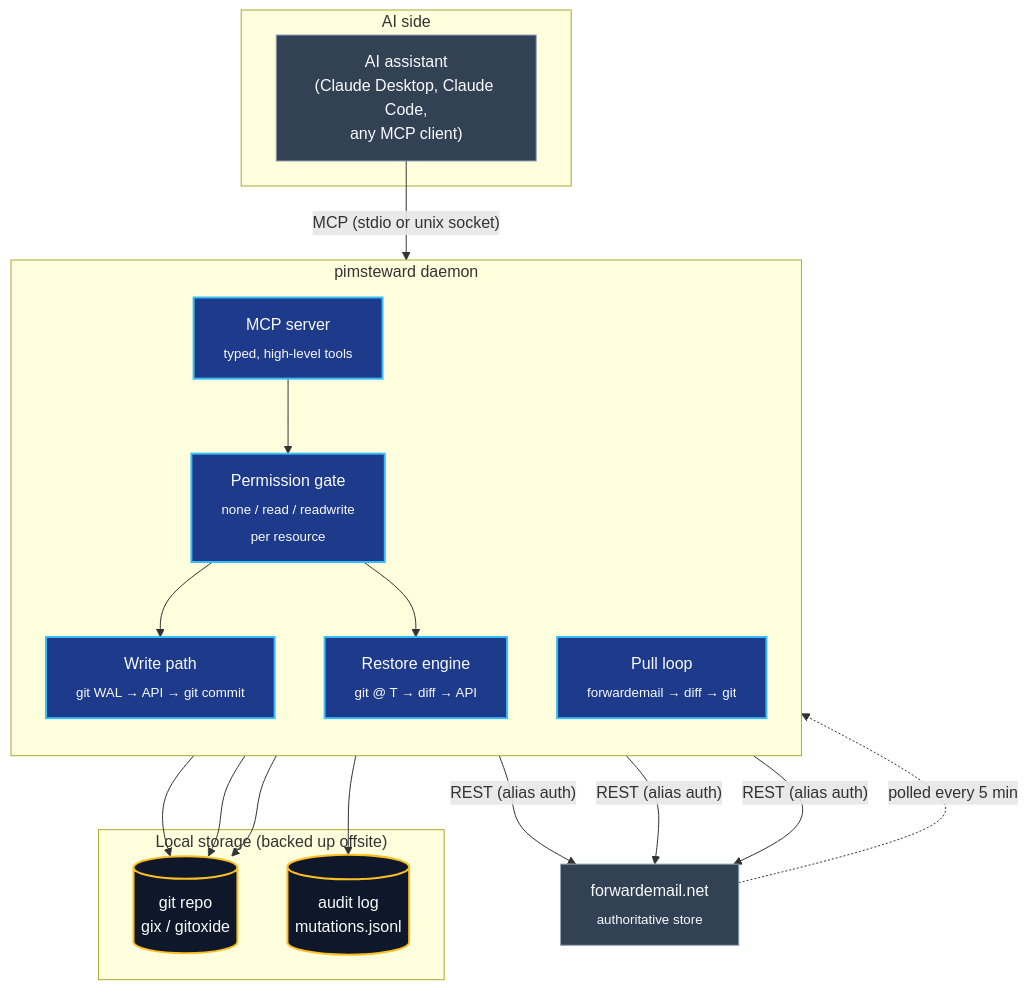
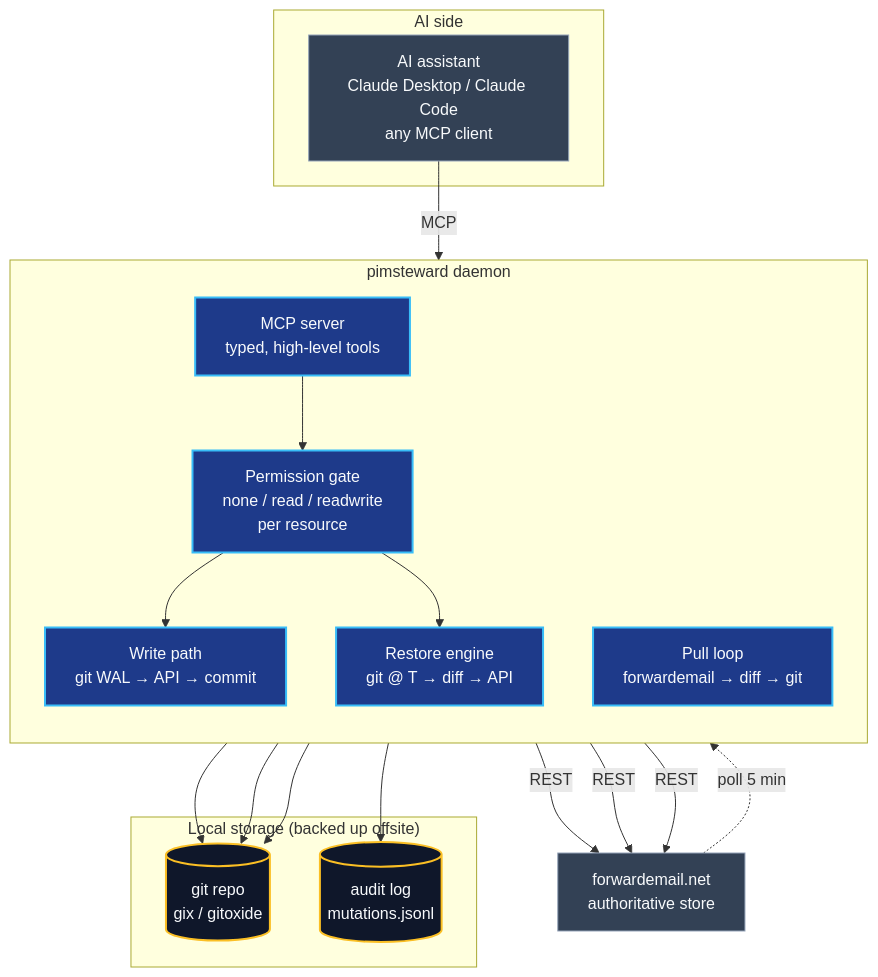
The first of 3 diagrams in README.md (dcardamo/pimsteward), drawn with Mermaid before and after one commit. The commit also changed other lines of this file, not shown here.

First line of the commit message:
docs: fix mermaid diagram text truncation

````diff
--- a/README.md
+++ b/README.md
@@ -120,42 +120,42 @@
 ```mermaid
 flowchart TB
     subgraph client["AI side"]
-        AI["AI assistant<br/>(Claude Desktop, Claude Code,<br/>any MCP client)"]
+        AI["AI assistant<br/>Claude Desktop / Claude Code<br/>any MCP client"]
     end
 
     subgraph daemon["pimsteward daemon"]
         direction TB
-        MCP["MCP server<br/><sub>typed, high-level tools</sub>"]
-        PERM["Permission gate<br/><sub>none / read / readwrite<br/>per resource</sub>"]
-        PULL["Pull loop<br/><sub>forwardemail → diff → git</sub>"]
-        WRITE["Write path<br/><sub>git WAL → API → git commit</sub>"]
-        REST["Restore engine<br/><sub>git @ T → diff → API</sub>"]
+        MCP["MCP server<br/>typed, high-level tools"]
+        PERM["Permission gate<br/>none / read / readwrite<br/>per resource"]
+        PULL["Pull loop<br/>forwardemail → diff → git"]
+        WRITE["Write path<br/>git WAL → API → commit"]
+        REST["Restore engine<br/>git @ T → diff → API"]
         MCP --> PERM
         PERM --> WRITE
         PERM --> REST
     end
 
     subgraph storage["Local storage (backed up offsite)"]
         GIT[("git repo<br/>gix / gitoxide")]
         AUDIT[("audit log<br/>mutations.jsonl")]
     end
 
-    FE["forwardemail.net<br/><sub>authoritative store</sub>"]
+    FE["forwardemail.net<br/>authoritative store"]
 
-    AI -- "MCP (stdio or unix socket)" --> MCP
-    PULL -- "REST (alias auth)" --> FE
-    WRITE -- "REST (alias auth)" --> FE
-    REST -- "REST (alias auth)" --> FE
-    FE -. "polled every 5 min" .-> PULL
+    AI -- "MCP" --> MCP
+    PULL -- "REST" --> FE
+    WRITE -- "REST" --> FE
+    REST -- "REST" --> FE
+    FE -. "poll 5 min" .-> PULL
     PULL --> GIT
     WRITE --> GIT
     WRITE --> AUDIT
     REST --> GIT
 
     classDef daemon fill:#1e3a8a,stroke:#38bdf8,stroke-width:2px,color:#f8fafc;
     classDef store fill:#0f172a,stroke:#fbbf24,stroke-width:2px,color:#f8fafc;
     classDef ext fill:#334155,stroke:#94a3b8,stroke-width:1px,color:#f8fafc;
     class MCP,PERM,PULL,WRITE,REST daemon;
     class GIT,AUDIT store;
     class AI,FE ext;
 ```
````
